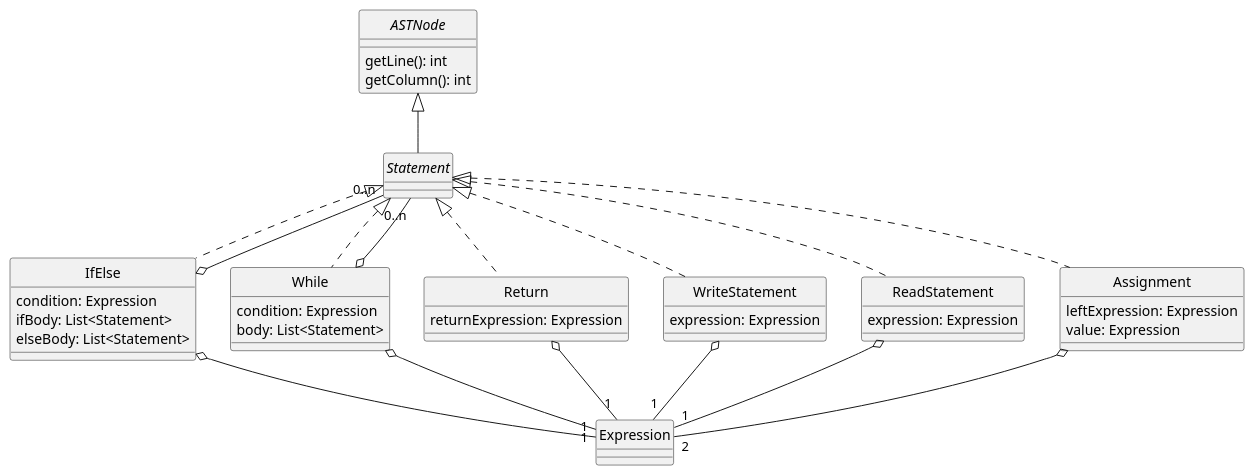
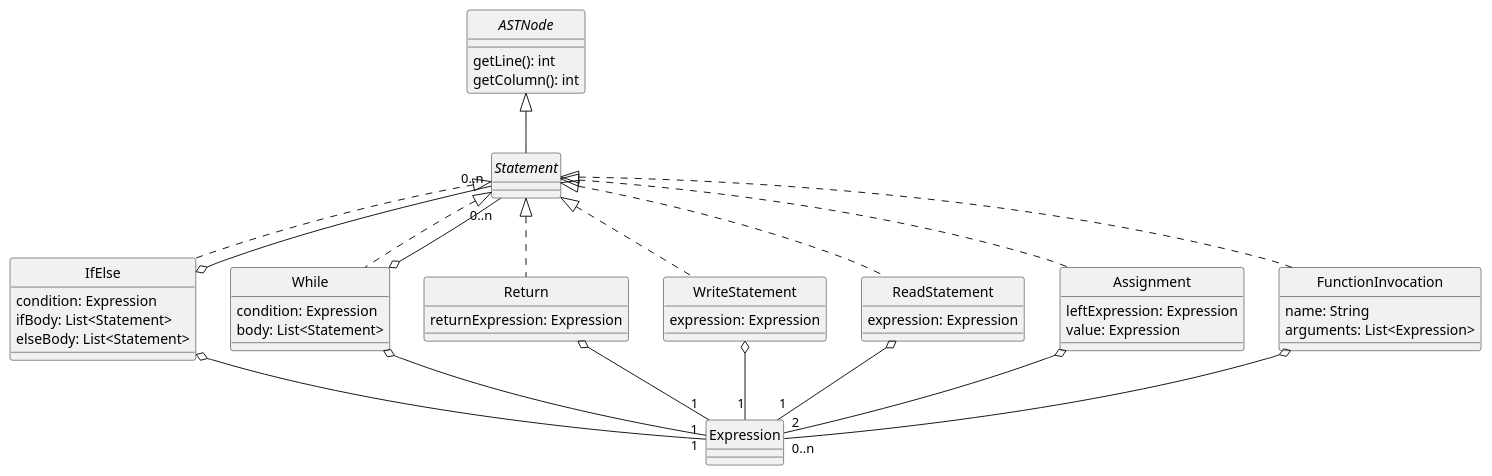
One commit to DavidGonzalezFernandez/dlp-compiler changed the diagram in docs/diagrams/statements.plantuml. Above: the diagram before and after it, drawn with PlantUML. The commit also changed 5 other files, not shown here.

```diff
--- a/docs/diagrams/statements.plantuml
+++ b/docs/diagrams/statements.plantuml
@@ -1,68 +1,75 @@
 @startuml Statements
 skinparam style strictuml
 skinparam monochrome true
 
 interface ASTNode {
     getLine(): int
     getColumn(): int
 }
 
 interface Statement
 ASTNode <|-- Statement
 
 
 /'
 Una sentencia condicional se define usando la palabra clave if seguida de una condición.
 El cuerpo de dicha sentencia estará comprendido entre do y end.
 Se podrá usar la palabra clave else.
 '/
 class IfElse {
     condition: Expression
     ifBody: List<Statement>
     elseBody: List<Statement>   /'puede no haber else, la lista estaría vacía'/
 }
 Statement <|.. IfElse
 IfElse o-- "1" Expression
 IfElse o-- "0..n" Statement
 
 
 class While {
     condition: Expression
     body: List<Statement>
 }
 Statement <|.. While
 While o-- "1" Expression
 While o-- "0..n" Statement
 
 
 ' El return debe estar seguido obligatoriamente de una expresión
 class Return {
     returnExpression: Expression
 }
 Statement <|.. Return
 Return o-- "1" Expression
 
 
 ' Write no tiene una lista de Expression, se genera un Write para cada Expression
 class WriteStatement {
     expression: Expression
 }
 Statement <|.. WriteStatement
 WriteStatement o-- "1" Expression
 
 
 class ReadStatement {
     expression: Expression
 }
 Statement <|.. ReadStatement
 ReadStatement o-- "1" Expression
 
 ' Una asignación está compuesta por dos expresiones separadas por el operador =.
 class Assignment {
     leftExpression: Expression
     value: Expression
 }
 Statement <|.. Assignment
 Assignment o-- "2" Expression
 
+class FunctionInvocation {
+    name: String
+    arguments: List<Expression>
+}
+Statement <|.. FunctionInvocation
+FunctionInvocation o-- "0..n" Expression
+
 @enduml
```
